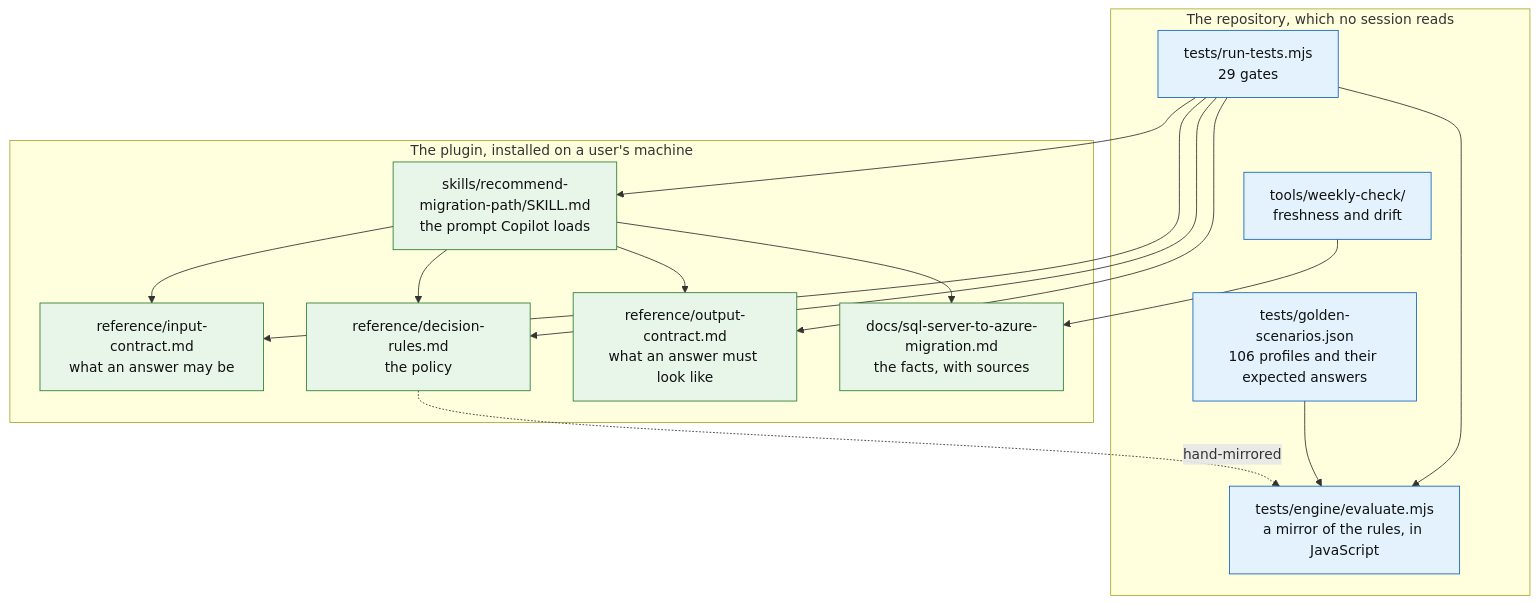
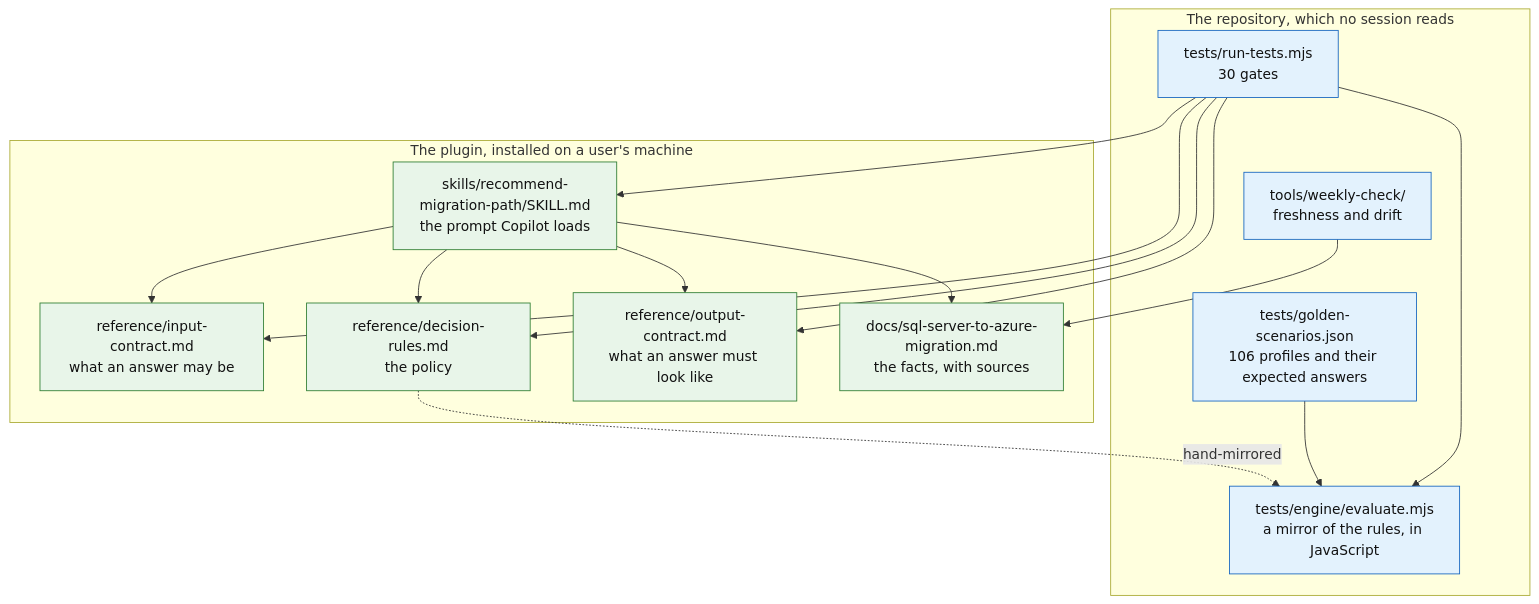
One commit to fredgis/sql-migration-advisor changed the first of 3 diagrams in docs/ARCHITECTURE.md. Above: the diagram before and after it, drawn with Mermaid. The commit also changed other lines of this file and 23 other files, not shown here.

````diff
--- a/docs/ARCHITECTURE.md
+++ b/docs/ARCHITECTURE.md
@@ -28,35 +28,35 @@
 ```mermaid
 flowchart TD
     subgraph plugin["The plugin, installed on a user's machine"]
       SK["skills/recommend-migration-path/SKILL.md<br/>the prompt Copilot loads"]
       IC["reference/input-contract.md<br/>what an answer may be"]
       DR["reference/decision-rules.md<br/>the policy"]
       OC["reference/output-contract.md<br/>what an answer must look like"]
       KB["docs/sql-server-to-azure-migration.md<br/>the facts, with sources"]
     end
 
     subgraph repo["The repository, which no session reads"]
       EN["tests/engine/evaluate.mjs<br/>a mirror of the rules, in JavaScript"]
       GS["tests/golden-scenarios.json<br/>106 profiles and their expected answers"]
-      GA["tests/run-tests.mjs<br/>29 gates"]
+      GA["tests/run-tests.mjs<br/>30 gates"]
       WK["tools/weekly-check/<br/>freshness and drift"]
     end
 
     SK --> IC
     SK --> DR
     SK --> OC
     SK --> KB
     DR -.->|hand-mirrored| EN
     GS --> EN
     GA --> EN
     GA --> SK
     GA --> IC
     GA --> DR
     GA --> OC
     WK --> KB
 
     classDef live fill:#e8f5e9,stroke:#2e7d32,color:#111
     classDef test fill:#e3f2fd,stroke:#1565c0,color:#111
     class SK,IC,DR,OC,KB live
     class EN,GS,GA,WK test
 ```
````
